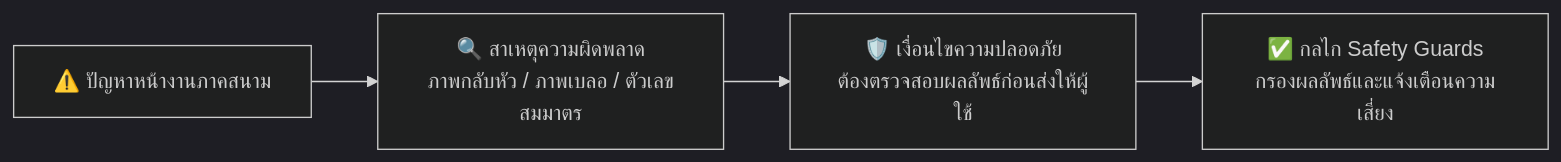
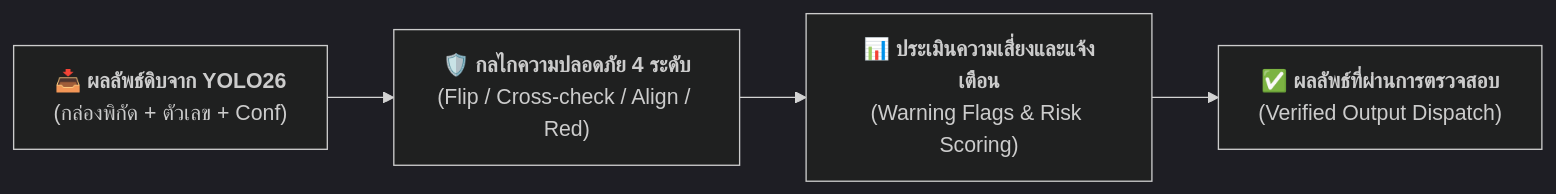
One commit to jirathxz/meter-reader changed diagram 14 of 17 in TUTORIAL.md. Above: the diagram before and after it, drawn with Mermaid (dark theme). The commit also changed other lines of this file, not shown here.

Commit message:
style(docs): split all remaining diagrams (1.3, 1.4, 3.1) into standalone A4-friendly diagrams

````diff
--- a/TUTORIAL.md
+++ b/TUTORIAL.md
@@ -1020,6 +1136,6 @@
 ```mermaid
 flowchart LR
-  A["⚠️ ปัญหาหน้างานภาคสนาม"] --> B["🔍 สาเหตุความผิดพลาด<br/>ภาพกลับหัว / ภาพเบลอ / ตัวเลขสมมาตร"]
-  B --> C["🛡️ เงื่อนไขความปลอดภัย<br/>ต้องตรวจสอบผลลัพธ์ก่อนส่งให้ผู้ใช้"]
-  C --> D["✅ กลไก Safety Guards<br/>กรองผลลัพธ์และแจ้งเตือนความเสี่ยง"]
+  SG1["📥 <b>ผลลัพธ์ดิบจาก YOLO26</b><br/>(กล่องพิกัด + ตัวเลข + Conf)"] --> SG2["🛡️ <b>กลไกความปลอดภัย 4 ระดับ</b><br/>(Flip / Cross-check / Align / Red)"]
+  SG2 --> SG3["📊 <b>ประเมินความเสี่ยงและแจ้งเตือน</b><br/>(Warning Flags & Risk Scoring)"]
+  SG3 --> SG4["✅ <b>ผลลัพธ์ที่ผ่านการตรวจสอบ</b><br/>(Verified Output Dispatch)"]
 ```
````
